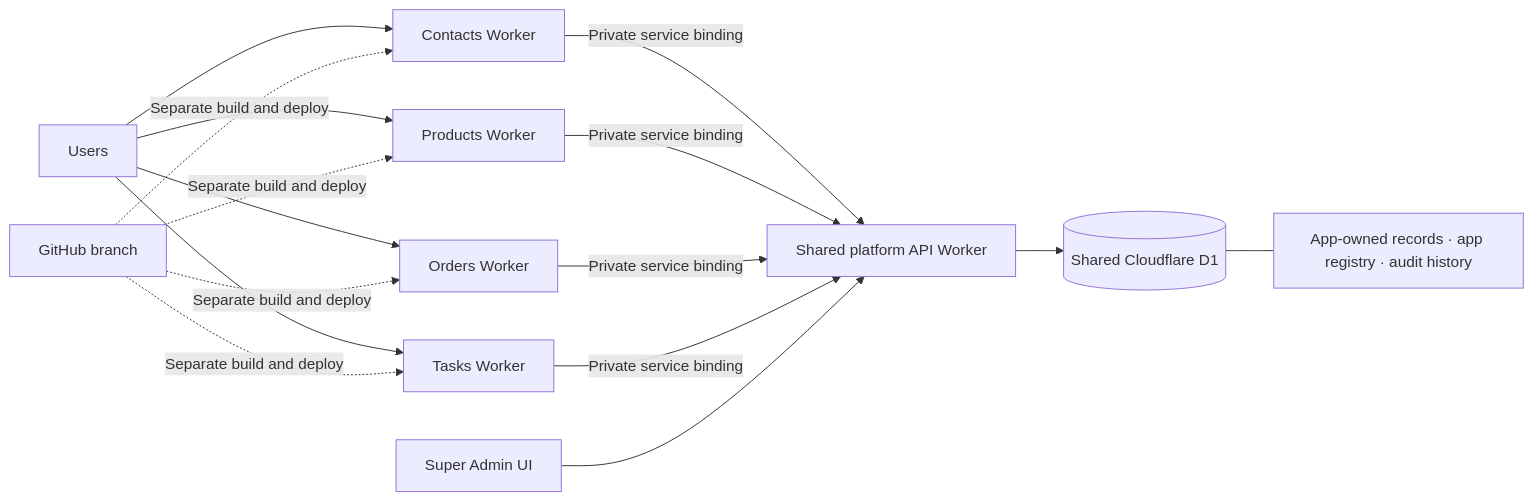
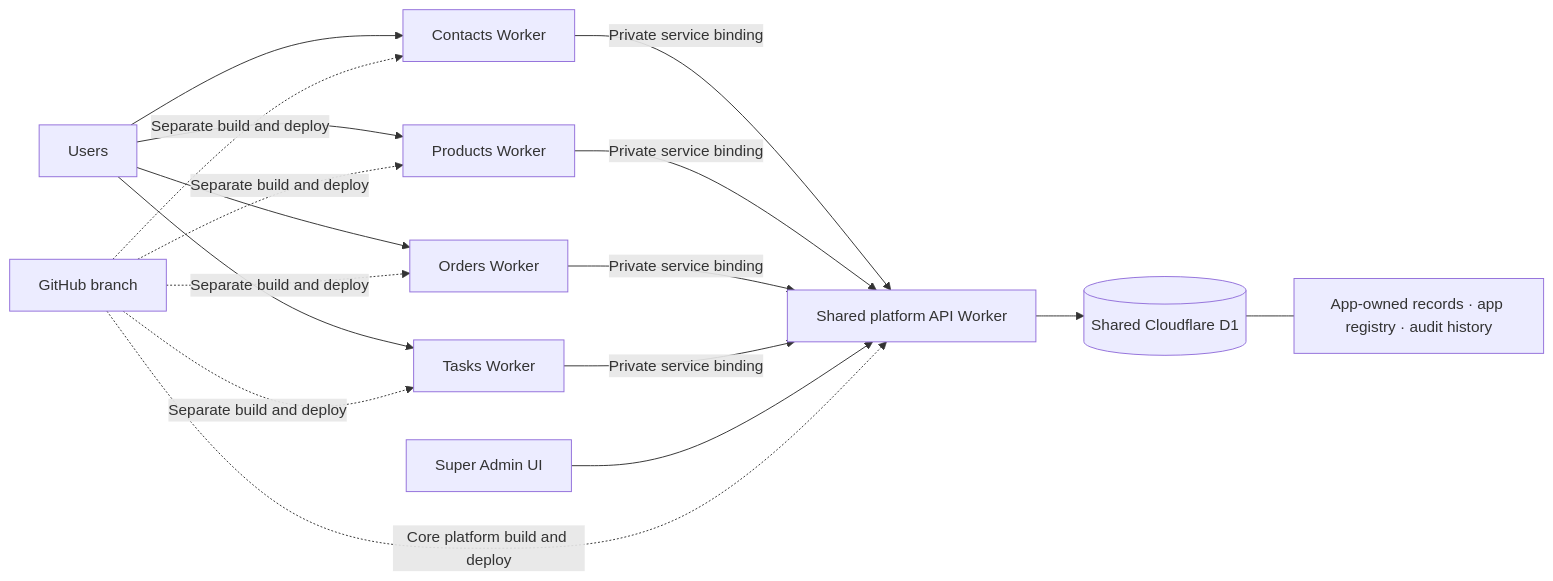
The diagram in modular-demo/README.md (Ritikkeshari07/ArchScaleGuild01), drawn with Mermaid before and after one commit.

Commit message:
Show platform and app build paths in architecture diagram

````diff
--- a/modular-demo/README.md
+++ b/modular-demo/README.md
@@ -29,18 +29,19 @@
 ```mermaid
 flowchart LR
   U[Users] --> C[Contacts Worker]
   U --> P[Products Worker]
   U --> O[Orders Worker]
   U --> T[Tasks Worker]
   C -->|Private service binding| API[Shared platform API Worker]
   P -->|Private service binding| API
   O -->|Private service binding| API
   T -->|Private service binding| API
   SA[Super Admin UI] --> API
   API --> DB[(Shared Cloudflare D1)]
   DB --- Tables[App-owned records · app registry · audit history]
-  GH[GitHub branch] -. Separate build and deploy .-> C
+  GH[GitHub branch] -. Core platform build and deploy .-> API
+  GH -. Separate build and deploy .-> C
   GH -. Separate build and deploy .-> P
   GH -. Separate build and deploy .-> O
   GH -. Separate build and deploy .-> T
 ```
````
